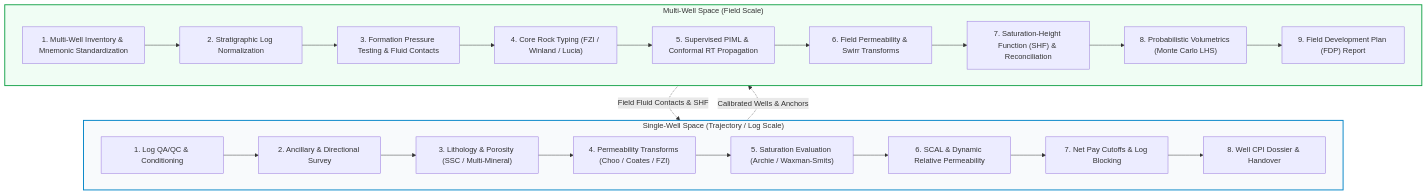
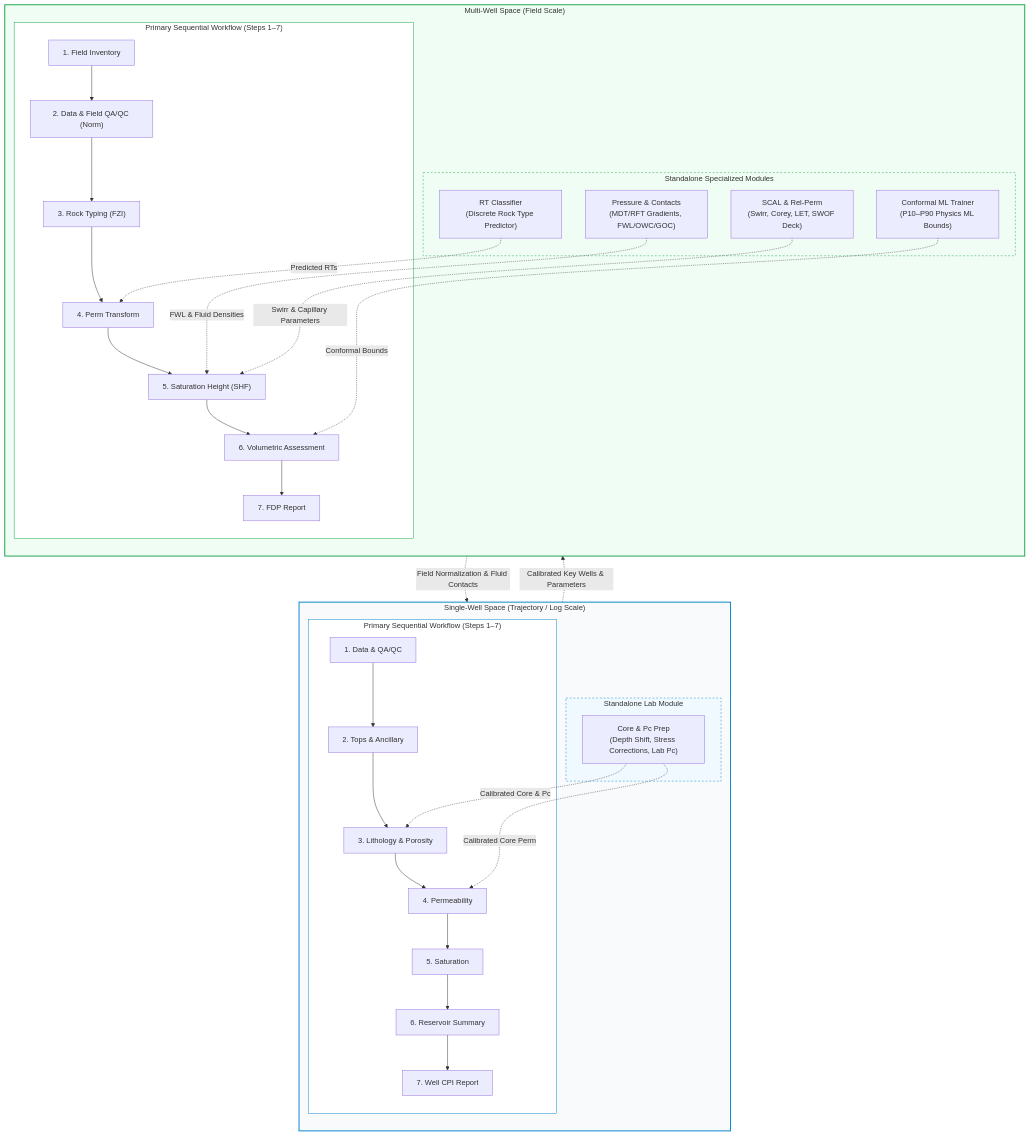
One commit to imranfadhil/quick_pp changed the diagram in docs/workflows/index.md. Above: the diagram before and after it, drawn with Mermaid. The commit also changed other lines of this file and 5 other files, not shown here.

````diff
--- a/docs/workflows/index.md
+++ b/docs/workflows/index.md
@@ -9,35 +9,51 @@
 ```mermaid
 flowchart TD
     subgraph SingleWellSpace["Single-Well Space (Trajectory / Log Scale)"]
-        SW_QAQC["1. Log QA/QC & Conditioning"]
-        SW_ANC["2. Ancillary & Directional Survey"]
-        SW_LIT["3. Lithology & Porosity (SSC / Multi-Mineral)"]
-        SW_PERM["4. Permeability Transforms (Choo / Coates / FZI)"]
-        SW_SAT["5. Saturation Evaluation (Archie / Waxman-Smits)"]
-        SW_SCAL["6. SCAL & Dynamic Relative Permeability"]
-        SW_RES["7. Net Pay Cutoffs & Log Blocking"]
-        SW_REP["8. Well CPI Dossier & Handover"]
-
-        SW_QAQC --> SW_ANC --> SW_LIT --> SW_PERM --> SW_SAT --> SW_SCAL --> SW_RES --> SW_REP
+        direction TB
+        subgraph SW_Seq["Primary Sequential Workflow (Steps 1–7)"]
+            SW1["1. Data & QA/QC"] --> SW2["2. Tops & Ancillary"]
+            SW2 --> SW3["3. Lithology & Porosity"]
+            SW3 --> SW4["4. Permeability"]
+            SW4 --> SW5["5. Saturation"]
+            SW5 --> SW6["6. Reservoir Summary"]
+            SW6 --> SW7["7. Well CPI Report"]
+        end
+        subgraph SW_Stand["Standalone Lab Module"]
+            SW_LAB["Core & Pc Prep\n(Depth Shift, Stress Corrections, Lab Pc)"]
+        end
+        SW_LAB -.->|Calibrated Core & Pc| SW3
+        SW_LAB -.->|Calibrated Core Perm| SW4
     end
 
     subgraph MultiWellSpace["Multi-Well Space (Field Scale)"]
-        MW_INV["1. Multi-Well Inventory & Mnemonic Standardization"]
-        MW_NORM["2. Stratigraphic Log Normalization"]
-        MW_FPT["3. Formation Pressure Testing & Fluid Contacts"]
-        MW_RT["4. Core Rock Typing (FZI / Winland / Lucia)"]
-        MW_ML["5. Supervised PIML & Conformal RT Propagation"]
-        MW_PERM["6. Field Permeability & Swirr Transforms"]
-        MW_SHF["7. Saturation-Height Function (SHF) & Reconciliation"]
-        MW_VOL["8. Probabilistic Volumetrics (Monte Carlo LHS)"]
-        MW_REP["9. Field Development Plan (FDP) Report"]
-
-        MW_INV --> MW_NORM --> MW_FPT --> MW_RT --> MW_ML --> MW_PERM --> MW_SHF --> MW_VOL --> MW_REP
+        direction TB
+        subgraph MW_Seq["Primary Sequential Workflow (Steps 1–7)"]
+            MW1["1. Field Inventory"] --> MW2["2. Data & Field QA/QC (Norm)"]
+            MW2 --> MW3["3. Rock Typing (FZI)"]
+            MW3 --> MW4["4. Perm Transform"]
+            MW4 --> MW5["5. Saturation Height (SHF)"]
+            MW5 --> MW6["6. Volumetric Assessment"]
+            MW6 --> MW7["7. FDP Report"]
+        end
+        subgraph MW_Stand["Standalone Specialized Modules"]
+            MW_SCAL["SCAL & Rel-Perm\n(Swirr, Corey, LET, SWOF Deck)"]
+            MW_FPT["Pressure & Contacts\n(MDT/RFT Gradients, FWL/OWC/GOC)"]
+            MW_RT["RT Classifier\n(Discrete Rock Type Predictor)"]
+            MW_PIML["Conformal ML Trainer\n(P10–P90 Physics ML Bounds)"]
+        end
+        MW_FPT -.->|FWL & Fluid Densities| MW5
+        MW_SCAL -.->|Swirr & Capillary Parameters| MW5
+        MW_RT -.->|Predicted RTs| MW4
+        MW_PIML -.->|Conformal Bounds| MW6
     end
 
-    SingleWellSpace -.->|Calibrated Wells & Anchors| MultiWellSpace
-    MultiWellSpace -.->|Field Fluid Contacts & SHF| SingleWellSpace
+    SingleWellSpace -.->|Calibrated Key Wells & Parameters| MultiWellSpace
+    MultiWellSpace -.->|Field Normalization & Fluid Contacts| SingleWellSpace
 
     style SingleWellSpace fill:#f8fafc,stroke:#0284c7,stroke-width:2px
     style MultiWellSpace fill:#f0fdf4,stroke:#16a34a,stroke-width:2px
+    style SW_Seq fill:#ffffff,stroke:#0284c7,stroke-width:1px
+    style SW_Stand fill:#f0f9ff,stroke:#0284c7,stroke-width:1px,stroke-dasharray: 4 4
+    style MW_Seq fill:#ffffff,stroke:#16a34a,stroke-width:1px
+    style MW_Stand fill:#f0fdf4,stroke:#16a34a,stroke-width:1px,stroke-dasharray: 4 4
 ```
````
